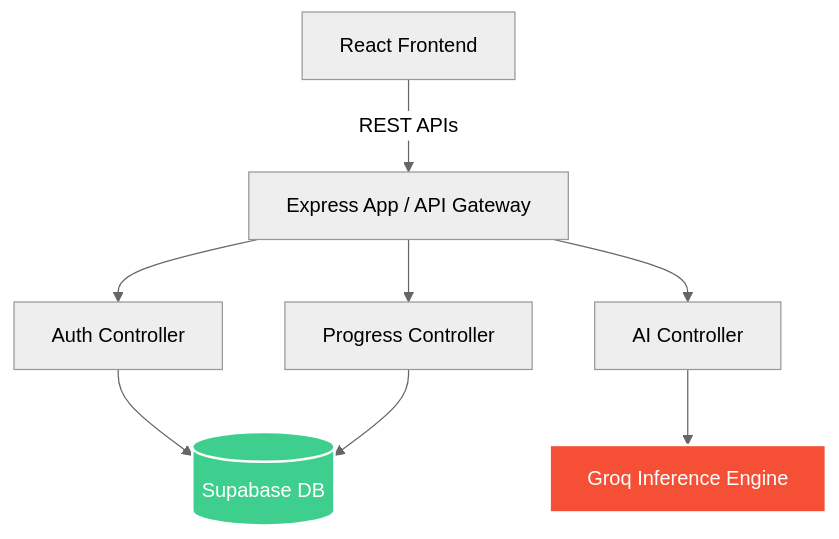
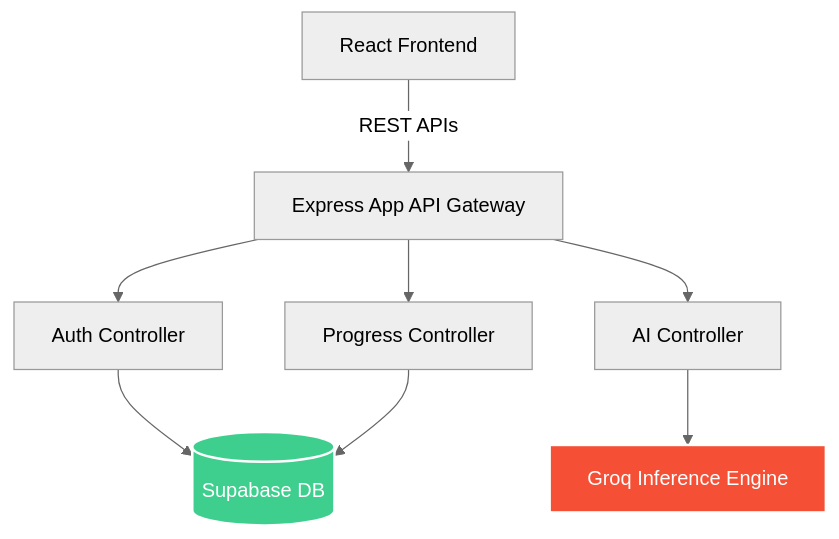
Before and after one commit to Vibers-42/Project-Study_Mentor_AI: the diagram in AUDIT_REPORT.md, drawn with Mermaid (neutral theme).

Commit message:
docs: fix mermaid diagram rendering syntax in audit report

````diff
--- a/AUDIT_REPORT.md
+++ b/AUDIT_REPORT.md
@@ -23,14 +23,14 @@
 ```mermaid
-graph TD;
-    Client[React Frontend] --> |REST APIs| Gateway[Express App / API Gateway];
-    Gateway --> Auth[Auth Controller];
-    Gateway --> Progress[Progress Controller];
-    Gateway --> AI[AI Controller];
+graph TD
+    Client["React Frontend"] -- "REST APIs" --> Gateway["Express App API Gateway"]
+    Gateway --> Auth["Auth Controller"]
+    Gateway --> Progress["Progress Controller"]
+    Gateway --> AI["AI Controller"]
     
-    Auth --> DB[(Supabase DB)];
-    Progress --> DB;
-    AI --> LLM[Groq Inference Engine];
+    Auth --> DB[("Supabase DB")]
+    Progress --> DB
+    AI --> LLM["Groq Inference Engine"]
     
     style DB fill:#3ecf8e,stroke:#fff,stroke-width:2px,color:#fff
     style LLM fill:#f55036,stroke:#fff,stroke-width:2px,color:#fff
 ```
````
